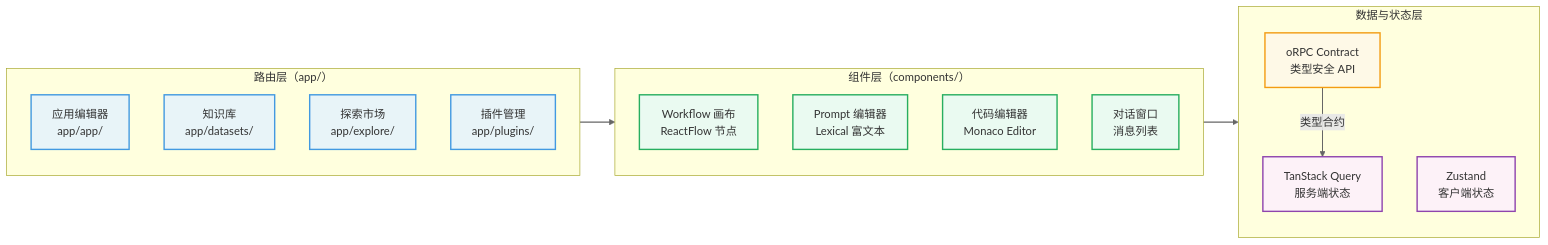
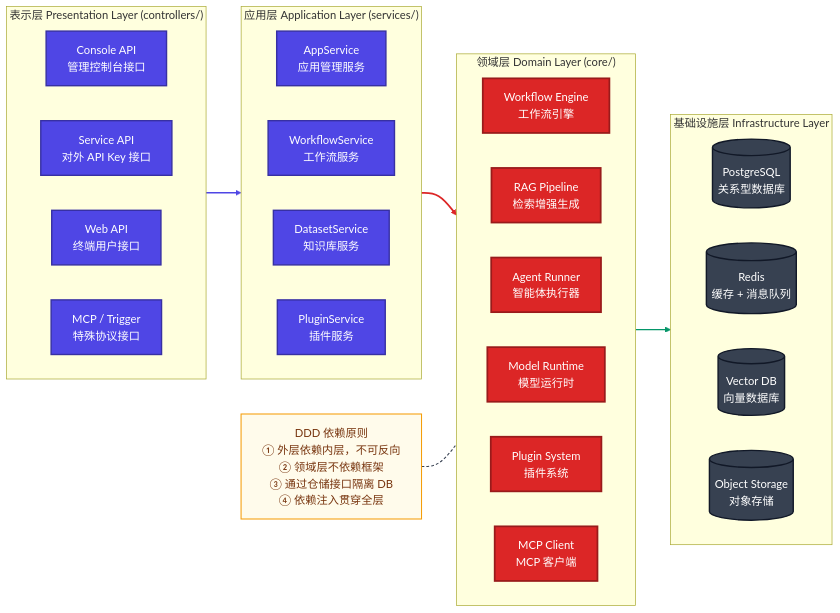
The second of 16 diagrams in 2.AI 工程/Dify/Dify架构分析文档.md (amuqiao/AI-Engineering-Knowledge-Base), drawn with Mermaid before and after one commit. The commit also changed other lines of this file and 22 other files, not shown here.

````diff
--- a/2.AI 工程/Dify/Dify架构分析文档.md
+++ b/2.AI 工程/Dify/Dify架构分析文档.md
@@ -142,37 +160,68 @@
 ```mermaid
 flowchart LR
-    classDef pageStyle fill:#e8f4f8,stroke:#4299e1,stroke-width:2px
-    classDef componentStyle fill:#eafaf1,stroke:#27ae60,stroke-width:2px
-    classDef serviceStyle fill:#fdf2f8,stroke:#8e44ad,stroke-width:2px
-    classDef infraStyle fill:#fef9e7,stroke:#f39c12,stroke-width:2px
-    classDef subgraphStyle fill:#f8f9fa,stroke:#adb5bd,stroke-width:1px
+    %% ── 配色定义 ──────────────────────────────────────────────
+    classDef userStyle     fill:#1e40af,stroke:#1e3a8a,stroke-width:2.5px,color:#fff
+    classDef routeStyle    fill:#4f46e5,stroke:#3730a3,stroke-width:2px,color:#fff
+    classDef coreStyle     fill:#dc2626,stroke:#991b1b,stroke-width:2.5px,color:#fff
+    classDef storeStyle    fill:#059669,stroke:#064e3b,stroke-width:2px,color:#fff
+    classDef dbStyle       fill:#374151,stroke:#111827,stroke-width:2px,color:#fff
+    classDef noteStyle     fill:#fffbeb,stroke:#f59e0b,stroke-width:1.5px,color:#78350f
+    classDef layerStyle    fill:#f8fafc,stroke:#cbd5e0,stroke-width:1.5px
 
-    subgraph routeLayer["路由层（app/）"]
-        P1[应用编辑器<br/>app/app/]:::pageStyle
-        P2[知识库<br/>app/datasets/]:::pageStyle
-        P3[探索市场<br/>app/explore/]:::pageStyle
-        P4[插件管理<br/>app/plugins/]:::pageStyle
+    %% ── 表示层（接口层）────────────────────────────────────────
+    subgraph Presentation["表示层 Presentation Layer (controllers/)"]
+        direction LR
+        C1["Console API<br>管理控制台接口"]:::routeStyle
+        C2["Service API<br>对外 API Key 接口"]:::routeStyle
+        C3["Web API<br>终端用户接口"]:::routeStyle
+        C4["MCP / Trigger<br>特殊协议接口"]:::routeStyle
     end
-    class routeLayer subgraphStyle
+    class Presentation layerStyle
 
-    subgraph componentLayer["组件层（components/）"]
-        C1[Workflow 画布<br/>ReactFlow 节点]:::componentStyle
-        C2[Prompt 编辑器<br/>Lexical 富文本]:::componentStyle
-        C3[代码编辑器<br/>Monaco Editor]:::componentStyle
-        C4[对话窗口<br/>消息列表]:::componentStyle
+    %% ── 应用层（服务层）────────────────────────────────────────
+    subgraph Application["应用层 Application Layer (services/)"]
+        direction LR
+        S1["AppService<br>应用管理服务"]:::routeStyle
+        S2["WorkflowService<br>工作流服务"]:::routeStyle
+        S3["DatasetService<br>知识库服务"]:::routeStyle
+        S4["PluginService<br>插件服务"]:::routeStyle
     end
-    class componentLayer subgraphStyle
+    class Application layerStyle
 
-    subgraph stateLayer["数据与状态层"]
-        S1[TanStack Query<br/>服务端状态]:::serviceStyle
-        S2[Zustand<br/>客户端状态]:::serviceStyle
-        S3[oRPC Contract<br/>类型安全 API]:::infraStyle
+    %% ── 领域层（核心域）────────────────────────────────────────
+    subgraph Domain["领域层 Domain Layer (core/)"]
+        direction LR
+        D1["Workflow Engine<br>工作流引擎"]:::coreStyle
+        D2["RAG Pipeline<br>检索增强生成"]:::coreStyle
+        D3["Agent Runner<br>智能体执行器"]:::coreStyle
+        D4["Model Runtime<br>模型运行时"]:::coreStyle
+        D5["Plugin System<br>插件系统"]:::coreStyle
+        D6["MCP Client<br>MCP 客户端"]:::coreStyle
     end
-    class stateLayer subgraphStyle
+    class Domain layerStyle
 
-    routeLayer --> componentLayer
-    componentLayer --> stateLayer
-    S3 -->|类型合约| S1
+    %% ── 基础设施层 ──────────────────────────────────────────────
+    subgraph Infrastructure["基础设施层 Infrastructure Layer"]
+        direction LR
+        I1[("PostgreSQL<br>关系型数据库")]:::dbStyle
+        I2[("Redis<br>缓存 + 消息队列")]:::dbStyle
+        I3[("Vector DB<br>向量数据库")]:::dbStyle
+        I4[("Object Storage<br>对象存储")]:::dbStyle
+    end
+    class Infrastructure layerStyle
 
-    linkStyle 0,1,2 stroke:#666,stroke-width:1.5px
+    %% ── 数据流 ─────────────────────────────────────────────────
+    Presentation --> Application
+    Application --> Domain
+    Domain --> Infrastructure
+
+    %% ── 配置注记 ─────────────────────────────────────────────────
+    NOTE["DDD 依赖原则<br>① 外层依赖内层，不可反向<br>② 领域层不依赖框架<br>③ 通过仓储接口隔离 DB<br>④ 依赖注入贯穿全层"]:::noteStyle
+    NOTE -.- Domain
+
+    %% 边索引：0-2，共 3 条
+    linkStyle 0 stroke:#4f46e5,stroke-width:2px
+    linkStyle 1 stroke:#dc2626,stroke-width:2.5px
+    linkStyle 2 stroke:#059669,stroke-width:2px
+    linkStyle 3 stroke:#374151,stroke-width:1.5px,stroke-dasharray:4 3
 ```
````
